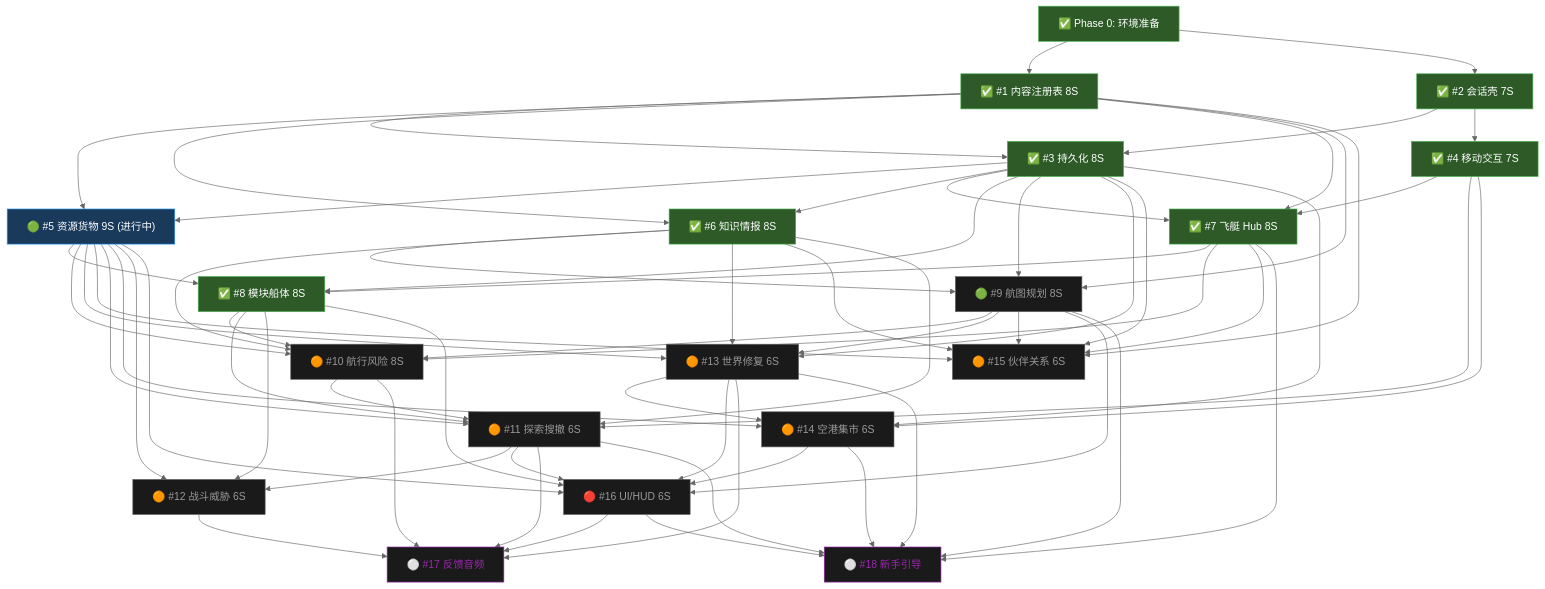
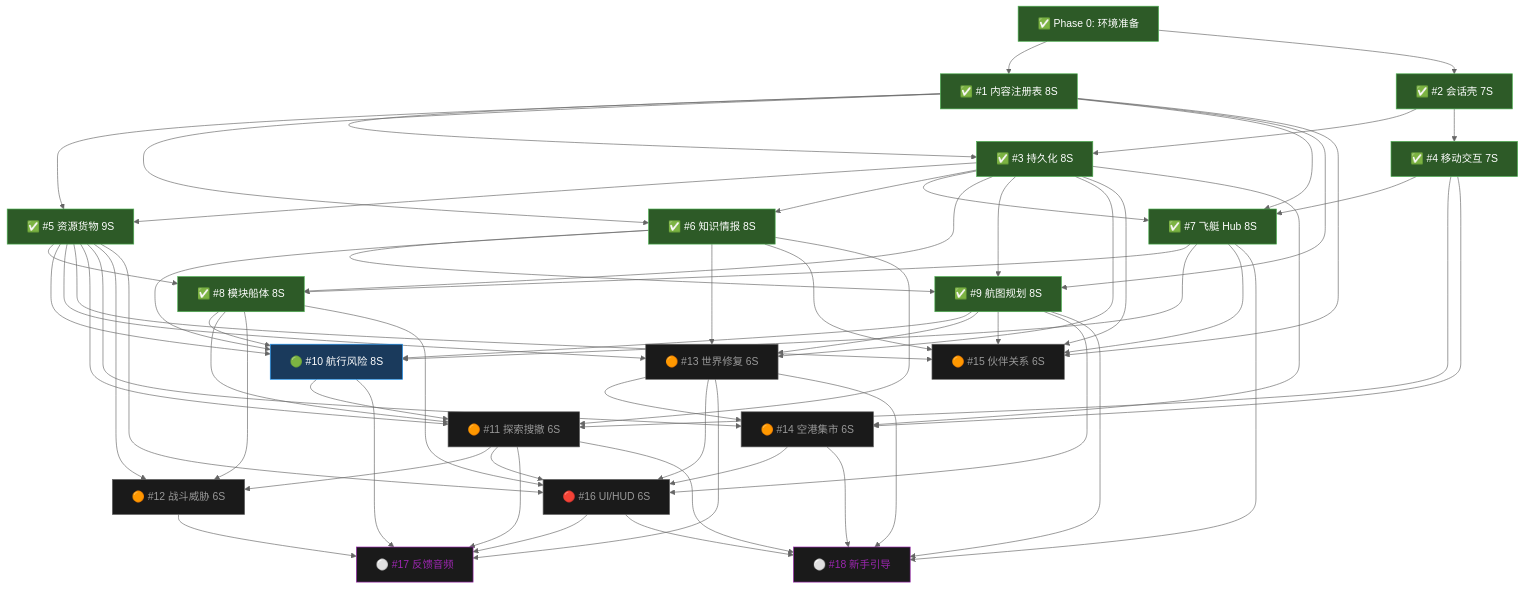
The second of 3 diagrams in docs/reference/production-flowchart.md (lieinsay/Claude-Code-Game-Studios), drawn with Mermaid (neutral theme) before and after one commit. The commit also changed other lines of this file and 11 other files, not shown here.

```diff
--- a/docs/reference/production-flowchart.md
+++ b/docs/reference/production-flowchart.md
@@ -73,14 +73,14 @@
     S3["✅ #3 持久化 8S"]:::done
     S4["✅ #4 移动交互 7S"]:::done
 
-    S5["🟢 #5 资源货物 9S (进行中)"]:::active
+    S5["✅ #5 资源货物 9S"]:::done
     S6["✅ #6 知识情报 8S"]:::done
     S7["✅ #7 飞艇 Hub 8S"]:::done
 
     S8["✅ #8 模块船体 8S"]:::done
-    S9["🟢 #9 航图规划 8S"]:::future
+    S9["✅ #9 航图规划 8S"]:::done
 
-    S10["🟠 #10 航行风险 8S"]:::future
+    S10["🟢 #10 航行风险 8S"]:::active
     S13["🟠 #13 世界修复 6S"]:::future
     S15["🟠 #15 伙伴关系 6S"]:::future
 
```
